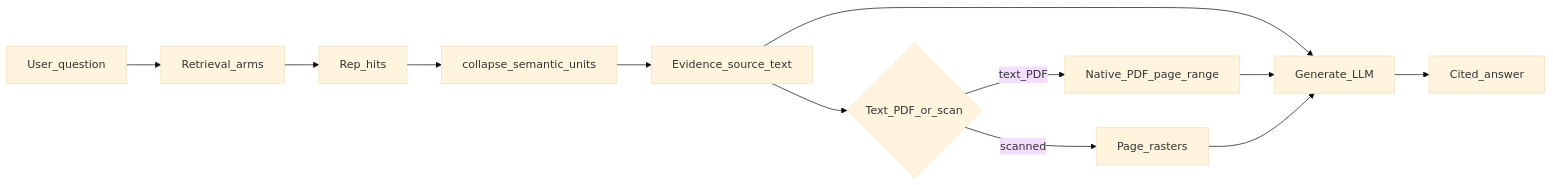
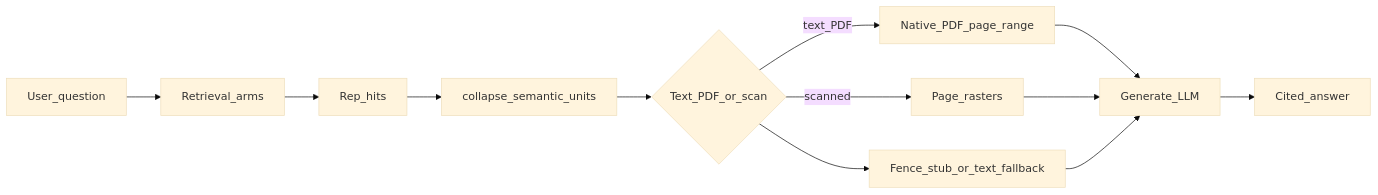
The third of 3 diagrams in docs/architecture/08-semantic-curator-to-generate.md (raghuram-chittibomma/ai-repair-assistant), drawn with Mermaid (base theme) before and after one commit. The commit also changed other lines of this file and 22 other files, not shown here.

First line of the commit message:
Make semantic generate PDF-primary with stub evidence packs (ADR-0051).

````diff
--- a/docs/architecture/08-semantic-curator-to-generate.md
+++ b/docs/architecture/08-semantic-curator-to-generate.md
@@ -116,25 +119,25 @@
 ```mermaid
 flowchart LR
   q[User_question]
   arms[Retrieval_arms]
   hits[Rep_hits]
   collapse[collapse_semantic_units]
-  text[Evidence_source_text]
   attach{Text_PDF_or_scan}
   pdfPart[Native_PDF_page_range]
   imgs[Page_rasters]
+  stub[Fence_stub_or_text_fallback]
   gen[Generate_LLM]
   cite[Cited_answer]
 
   q --> arms
   arms --> hits
   hits --> collapse
-  collapse --> text
-  text --> gen
-  text --> attach
+  collapse --> attach
   attach -->|text_PDF| pdfPart
   attach -->|scanned| imgs
+  attach --> stub
   pdfPart --> gen
   imgs --> gen
+  stub --> gen
   gen --> cite
 ```
````
